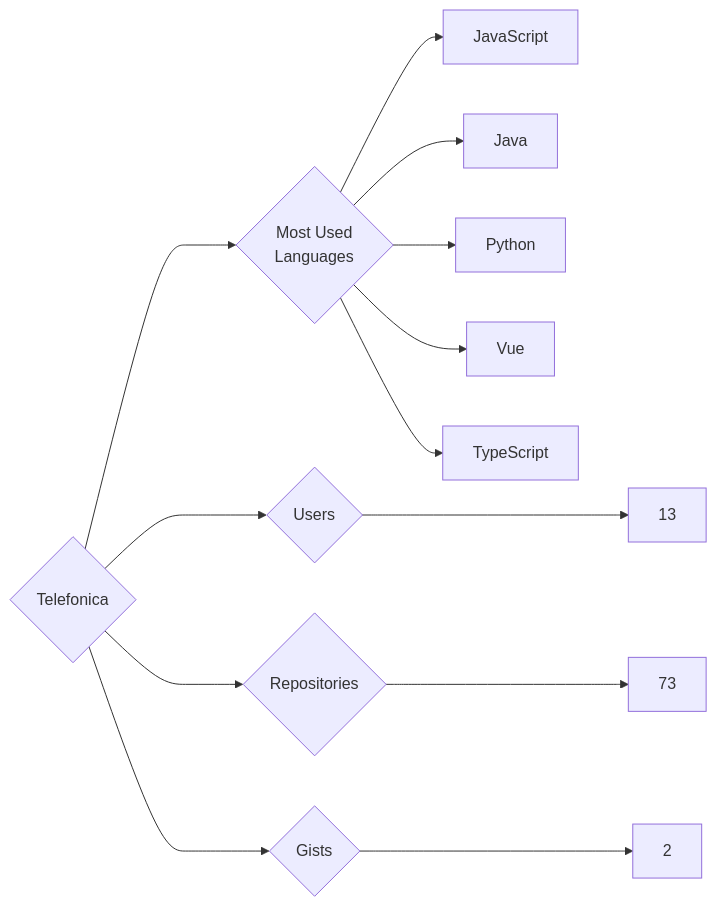
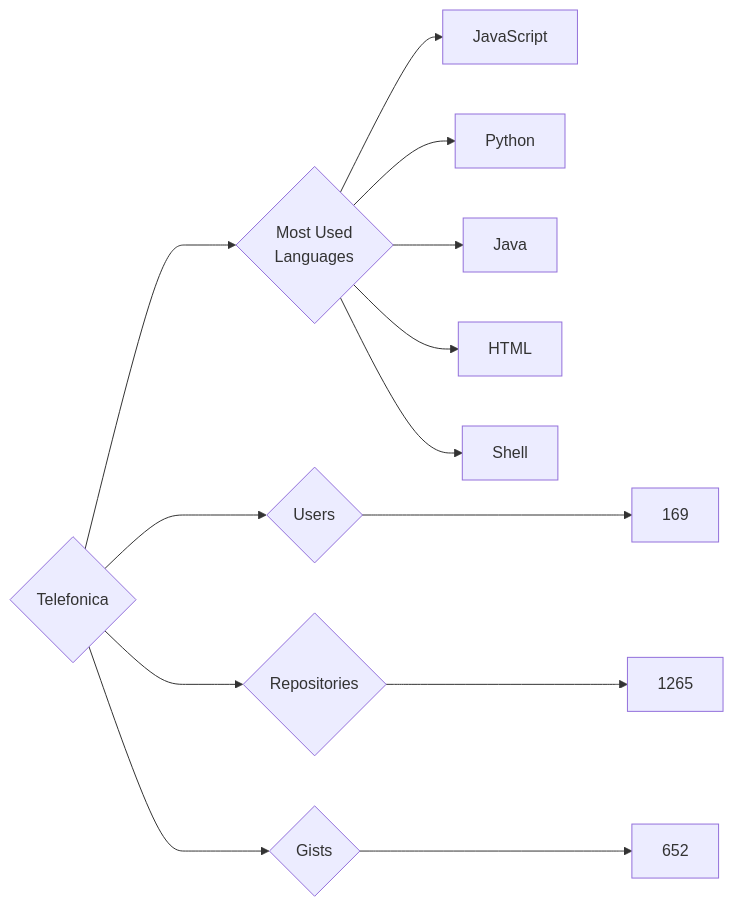
One commit to trickest/insiders changed the diagram in targets/Telefonica/README.md. Above: the diagram before and after it, drawn with Mermaid. The commit also changed 806 other files, not shown here.

````diff
--- a/targets/Telefonica/README.md
+++ b/targets/Telefonica/README.md
@@ -3,13 +3,13 @@
 ```mermaid
 graph LR
 COMPANY_NAME{Telefonica}
-COMPANY_NAME ---> U{Users} ---> UN[13]
-COMPANY_NAME ---> R{Repositories} ---> RN[73]
-COMPANY_NAME ---> G{Gists} ---> GN[2]
+COMPANY_NAME ---> U{Users} ---> UN[169]
+COMPANY_NAME ---> R{Repositories} ---> RN[1265]
+COMPANY_NAME ---> G{Gists} ---> GN[652]
 COMPANY_NAME ---> ML{Most Used<br>Languages}
 ML --> JavaScript[JavaScript]
+ML --> Python[Python]
 ML --> Java[Java]
-ML --> Python[Python]
-ML --> Vue[Vue]
-ML --> TypeScript[TypeScript]
+ML --> HTML[HTML]
+ML --> Shell[Shell]
 ```
````
